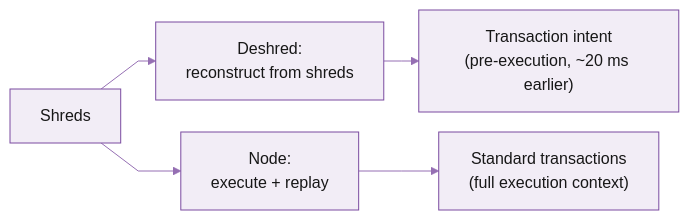
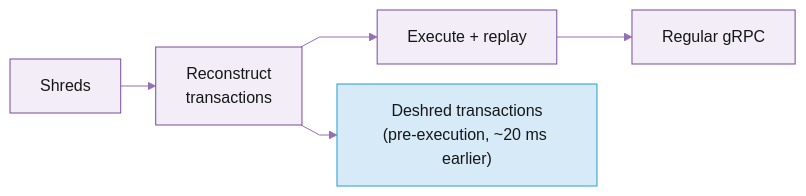
The diagram in documentation/real-time-streaming/deshred-transactions.md (praptisharma28/triton-docs-v5), drawn with Mermaid before and after one commit. The commit also changed 5 other files, not shown here.

Commit message:
Diagrams: Cloudbreak corrected schema (state + index -> query layer, app -> query tracker -> index); polling vs streaming as ping-pong/continuous sequence diagrams; Deshred shared reconstruct then fork (regular gRPC vs pre-execution); lighter edge-label background in shared init

````diff
--- a/documentation/real-time-streaming/deshred-transactions.md
+++ b/documentation/real-time-streaming/deshred-transactions.md
@@ -17,8 +17,8 @@
 ```mermaid
-%%{init: {'theme':'base','themeVariables':{'primaryColor':'#F2EDF6','primaryBorderColor':'#7A4BA0','primaryTextColor':'#171717','lineColor':'#956FB3','secondaryColor':'#E4DBEC','tertiaryColor':'#D7C9E3'},'flowchart':{'nodeSpacing':20,'rankSpacing':35,'curve':'linear'}}}%%
+%%{init: {'theme':'base','themeVariables':{'primaryColor':'#F2EDF6','primaryBorderColor':'#7A4BA0','primaryTextColor':'#171717','lineColor':'#956FB3','secondaryColor':'#E4DBEC','tertiaryColor':'#D7C9E3','edgeLabelBackground':'#F2EDF6'},'flowchart':{'nodeSpacing':20,'rankSpacing':35,'curve':'linear'}}}%%
 flowchart LR
-    s["Shreds"] --> d["Deshred:<br/>reconstruct from shreds"]
-    s --> e["Node:<br/>execute + replay"]
-    d --> i["Transaction intent<br/>(pre-execution, ~20 ms earlier)"]
-    e --> t["Standard transactions<br/>(full execution context)"]
+    s["Shreds"] --> r["Reconstruct<br/>transactions"]
+    r --> e["Execute + replay"] --> g["Regular gRPC"]
+    r --> d["Deshred transactions<br/>(pre-execution, ~20 ms earlier)"]
+    style d fill:#D6EAF8,stroke:#259DD0
 ```
````
